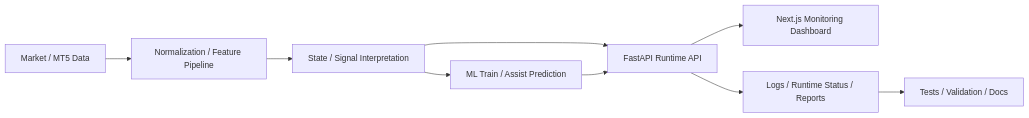
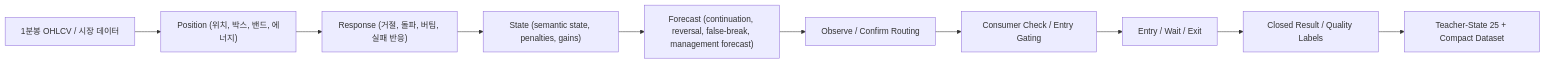
Before and after one commit to Sichanvisit/Sichanvisit.github.io: the diagram in _portfolio/cfd.md, drawn with Mermaid. The commit also changed other lines of this file and 3 other files, not shown here.

````diff
--- a/_portfolio/cfd.md
+++ b/_portfolio/cfd.md
@@ -32,11 +35,12 @@
 ```mermaid
 flowchart LR
-    Data["Market / MT5 Data"] --> Prep["Normalization / Feature Pipeline"]
-    Prep --> State["State / Signal Interpretation"]
-    State --> ML["ML Train / Assist Prediction"]
-    State --> API["FastAPI Runtime API"]
-    ML --> API
-    API --> Dash["Next.js Monitoring Dashboard"]
-    API --> Obs["Logs / Runtime Status / Reports"]
-    Obs --> Docs["Tests / Validation / Docs"]
+    A["1분봉 OHLCV / 시장 데이터"] --> B["Position (위치, 박스, 밴드, 에너지)"]
+    B --> C["Response (거절, 돌파, 버팀, 실패 반응)"]
+    C --> D["State (semantic state, penalties, gains)"]
+    D --> E["Forecast (continuation, reversal, false-break, management forecast)"]
+    E --> F["Observe / Confirm Routing"]
+    F --> G["Consumer Check / Entry Gating"]
+    G --> H["Entry / Wait / Exit"]
+    H --> I["Closed Result / Quality Labels"]
+    I --> J["Teacher-State 25 + Compact Dataset"]
 ```
````
